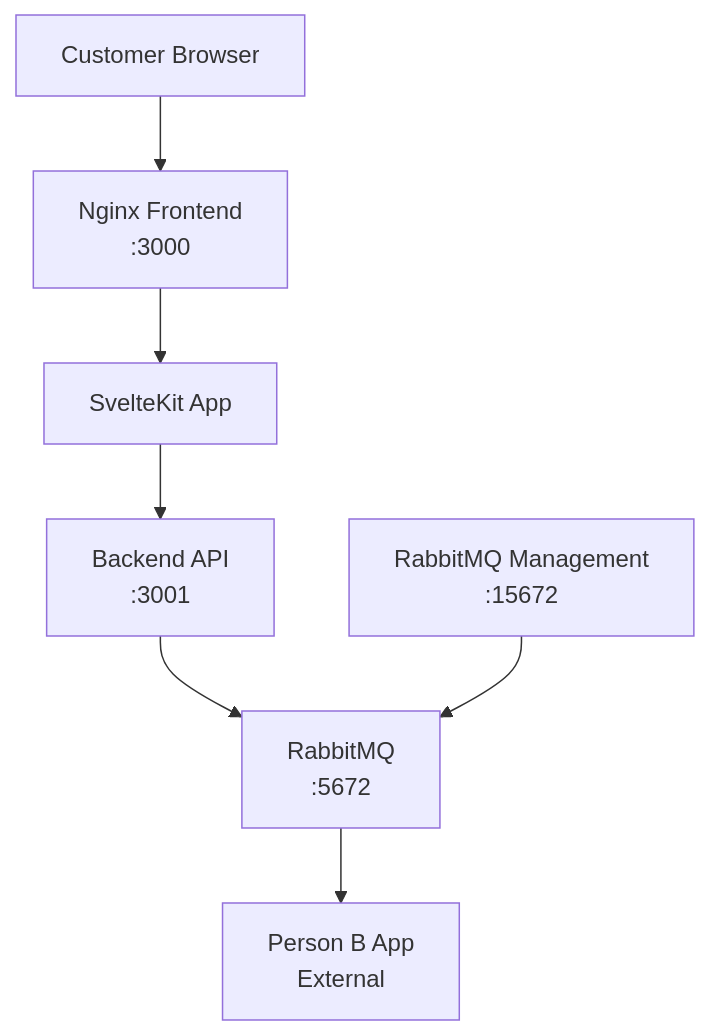
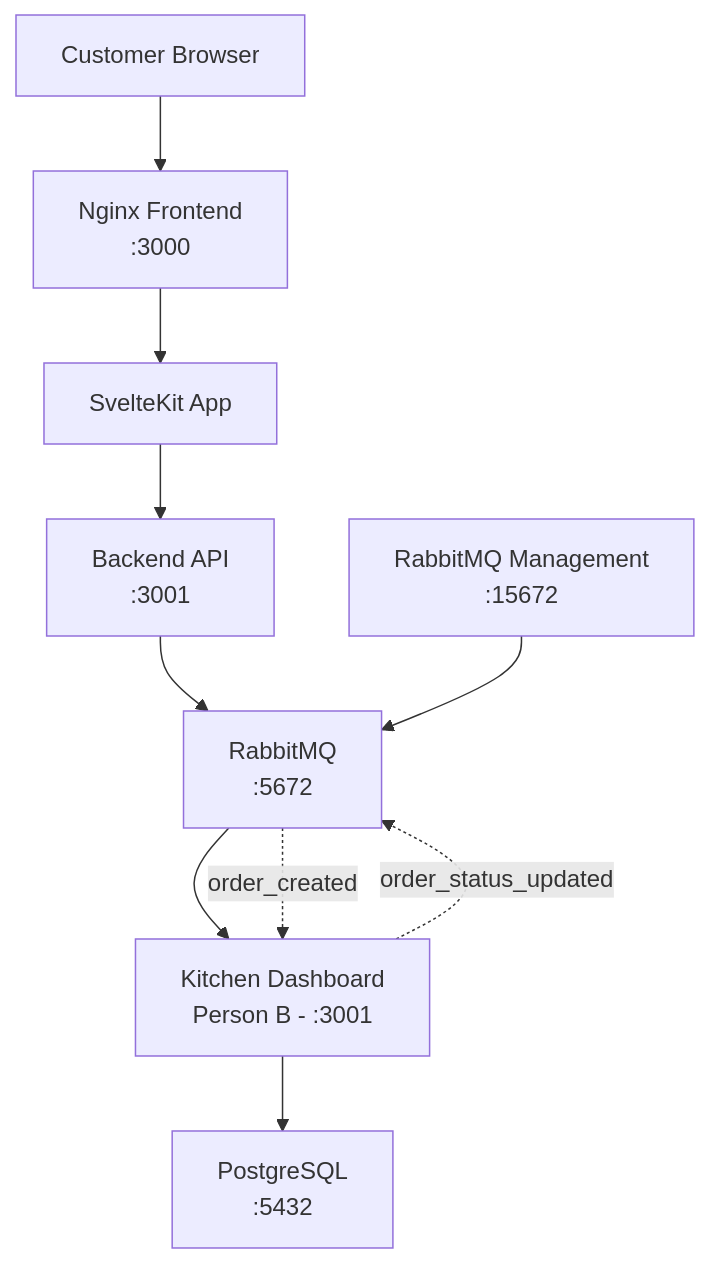
Before and after one commit to shanicetanhui/ordering-app: the diagram in README.md, drawn with Mermaid. The commit also changed other lines of this file, not shown here.

````diff
--- a/README.md
+++ b/README.md
@@ -146,10 +146,14 @@
 ```mermaid
 graph TB
     A[Customer Browser] --> B[Nginx Frontend<br/>:3000]
     B --> C[SvelteKit App]
     C --> D[Backend API<br/>:3001]
     D --> E[RabbitMQ<br/>:5672]
-    E --> F[Person B App<br/>External]
+    E --> F[Kitchen Dashboard<br/>Person B - :3001]
+    F --> G[PostgreSQL<br/>:5432]
     
-    G[RabbitMQ Management<br/>:15672] --> E
+    H[RabbitMQ Management<br/>:15672] --> E
+    
+    E -.-> |order_created| F
+    F -.-> |order_status_updated| E
 ```
````
